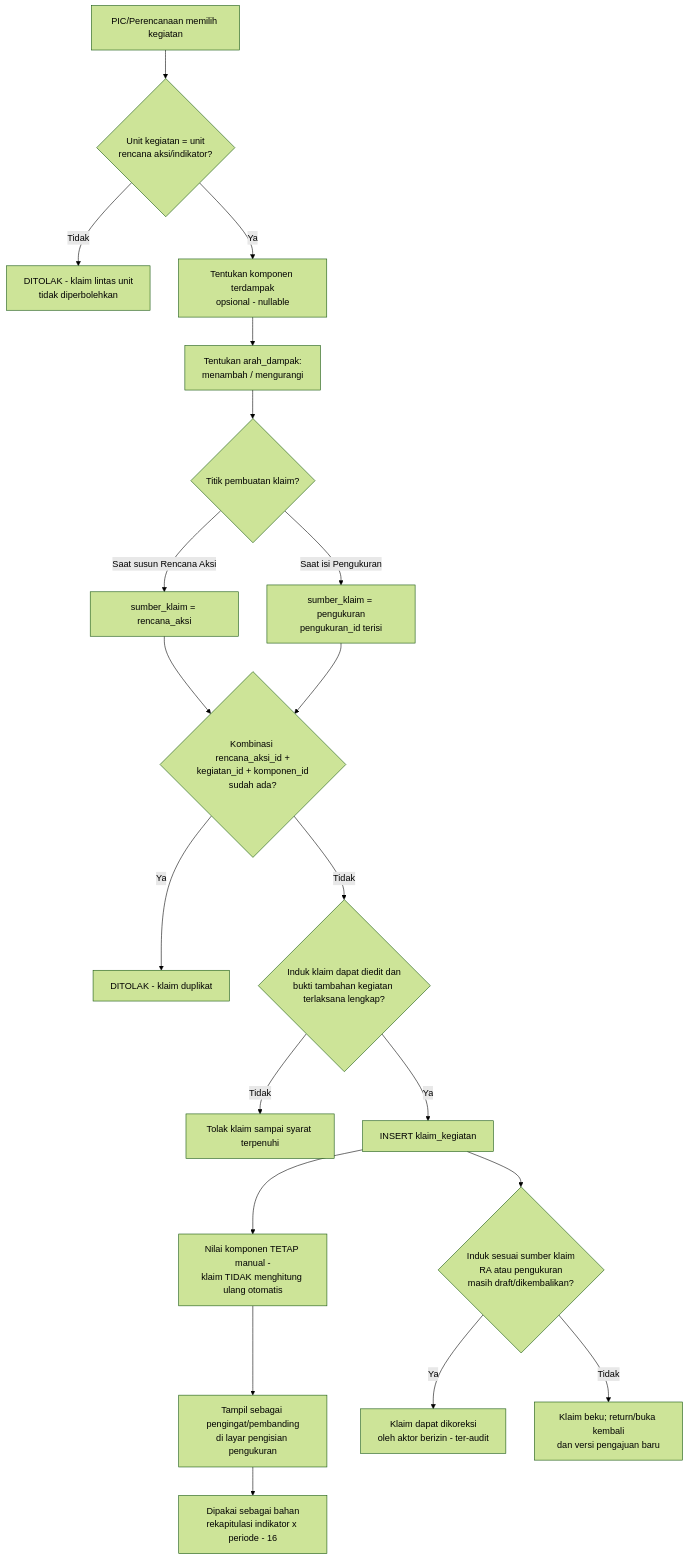
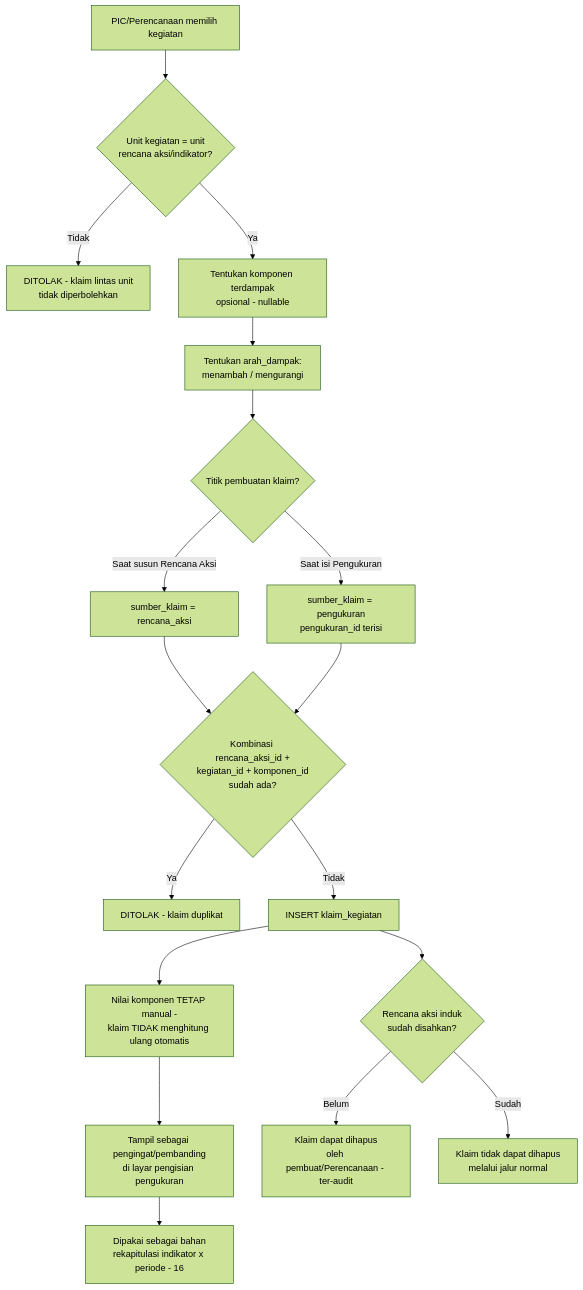
One commit to LLDIKTI-XVI-TEAM/SAKIP changed the eighth of 22 diagrams in document/SAKIP - Workflow.md. Above: the diagram before and after it, drawn with Mermaid (forest theme). The commit also changed other lines of this file and 7 other files, not shown here.

````diff
--- a/document/SAKIP - Workflow.md
+++ b/document/SAKIP - Workflow.md
@@ -765,22 +758,20 @@
 ```mermaid
 flowchart TD
     A[PIC/Perencanaan memilih kegiatan] --> B{Unit kegiatan = unit\nrencana aksi/indikator?}
     B -- Tidak --> C[DITOLAK - klaim lintas unit\ntidak diperbolehkan]
     B -- Ya --> D[Tentukan komponen terdampak\nopsional - nullable]
     D --> E[Tentukan arah_dampak:\nmenambah / mengurangi]
     E --> F{Titik pembuatan klaim?}
     F -- Saat susun Rencana Aksi --> G[sumber_klaim = rencana_aksi]
     F -- Saat isi Pengukuran --> H[sumber_klaim = pengukuran\npengukuran_id terisi]
     G --> I{Kombinasi rencana_aksi_id +\nkegiatan_id + komponen_id\nsudah ada?}
     H --> I
     I -- Ya --> J[DITOLAK - klaim duplikat]
-    I -- Tidak --> J2{Induk klaim dapat diedit dan\nbukti tambahan kegiatan terlaksana lengkap?}
-    J2 -- Tidak --> J3[Tolak klaim sampai syarat terpenuhi]
-    J2 -- Ya --> K[INSERT klaim_kegiatan]
+    I -- Tidak --> K[INSERT klaim_kegiatan]
     K --> L[Nilai komponen TETAP manual -\nklaim TIDAK menghitung ulang otomatis]
     L --> M[Tampil sebagai pengingat/pembanding\ndi layar pengisian pengukuran]
     M --> N[Dipakai sebagai bahan\nrekapitulasi indikator x periode - 16]
-    K --> O{Induk sesuai sumber klaim\nRA atau pengukuran\nmasih draft/dikembalikan?}
-    O -- Ya --> P[Klaim dapat dikoreksi\noleh aktor berizin - ter-audit]
-    O -- Tidak --> Q[Klaim beku; return/buka kembali\ndan versi pengajuan baru]
+    K --> O{Rencana aksi induk\nsudah disahkan?}
+    O -- Belum --> P[Klaim dapat dihapus\noleh pembuat/Perencanaan - ter-audit]
+    O -- Sudah --> Q[Klaim tidak dapat dihapus\nmelalui jalur normal]
 ```
````
